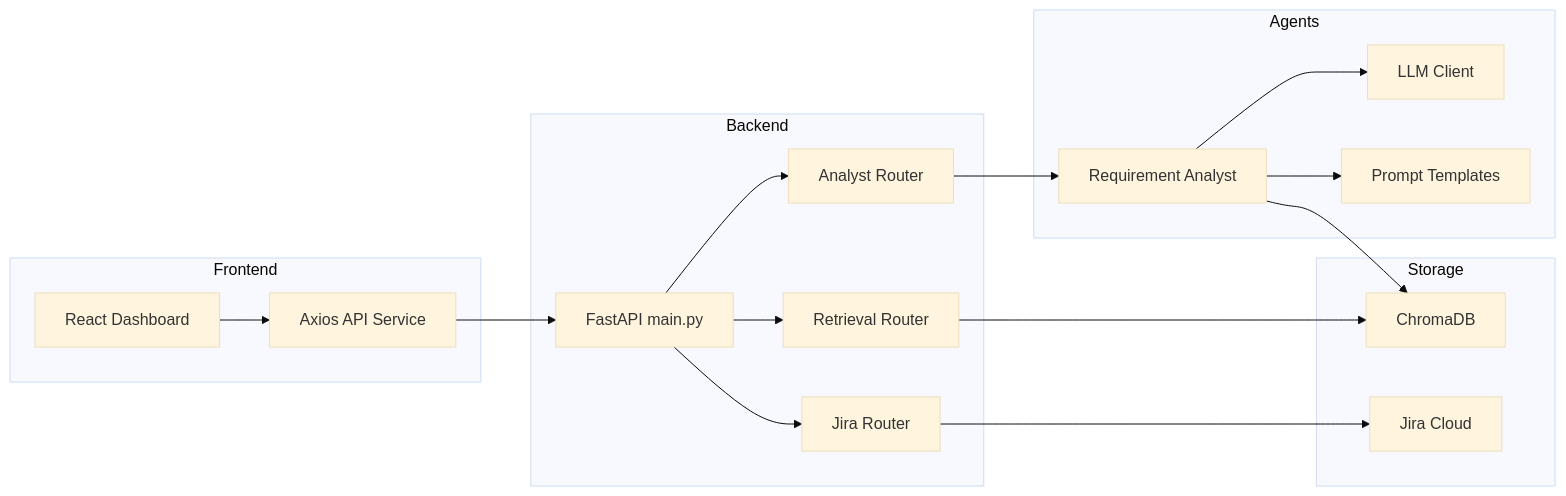
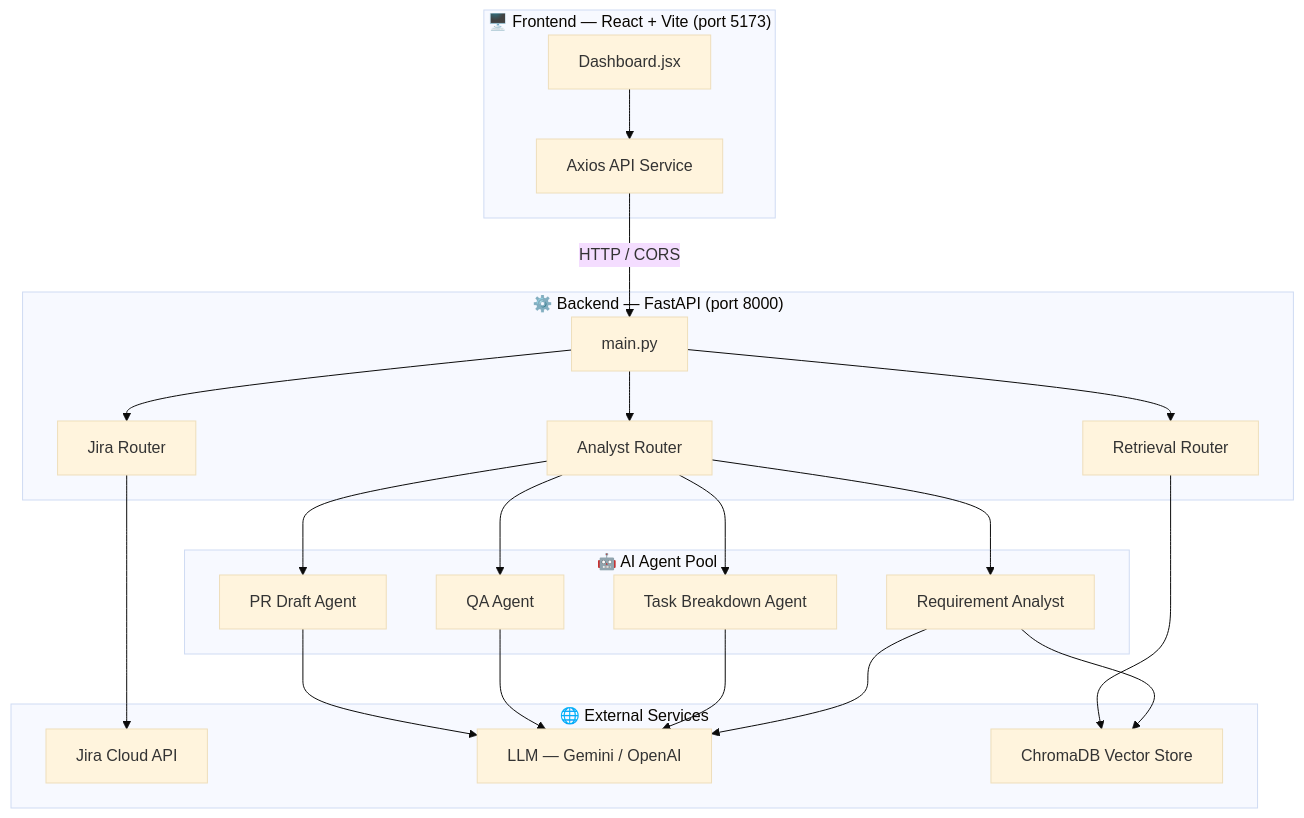
The first of 5 diagrams in README.md (amirtha-1412/Jira-Agentic-Development-System), drawn with Mermaid (base theme) before and after one commit. The commit also changed other lines of this file, not shown here.

````diff
--- a/README.md
+++ b/README.md
@@ -44,37 +19,36 @@
 ```mermaid
-graph LR
-    subgraph Frontend
-        UI["React Dashboard"]
-        AX["Axios API Service"]
+graph TB
+    subgraph Frontend["🖥️ Frontend — React + Vite (port 5173)"]
+        UI[Dashboard.jsx]
+        AX[Axios API Service]
+        UI --> AX
     end
 
-    subgraph Backend
-        FA["FastAPI main.py"]
-        JR["Jira Router"]
-        AR["Analyst Router"]
-        VR["Retrieval Router"]
+    subgraph Backend["⚙️ Backend — FastAPI (port 8000)"]
+        BE[main.py]
+        AR[Analyst Router]
+        JR[Jira Router]
+        VR[Retrieval Router]
+        BE --> AR & JR & VR
     end
 
-    subgraph Agents
-        RA["Requirement Analyst"]
-        LLM["LLM Client"]
-        PRM["Prompt Templates"]
+    subgraph Agents["🤖 AI Agent Pool"]
+        RA[Requirement Analyst]
+        TBA[Task Breakdown Agent]
+        QAA[QA Agent]
+        PRA[PR Draft Agent]
     end
 
-    subgraph Storage
-        CHR["ChromaDB"]
-        JIRA["Jira Cloud"]
+    subgraph External["🌐 External Services"]
+        JIRA[Jira Cloud API]
+        LLM["LLM — Gemini / OpenAI"]
+        CHROMA[ChromaDB Vector Store]
     end
 
-    UI --> AX
-    AX --> FA
-    FA --> JR
-    FA --> AR
-    FA --> VR
-    AR --> RA
-    RA --> LLM
-    RA --> PRM
-    VR --> CHR
+    AX -->|HTTP / CORS| BE
+    AR --> RA & TBA & QAA & PRA
+    RA & TBA & QAA & PRA --> LLM
+    RA --> CHROMA
+    VR --> CHROMA
     JR --> JIRA
-    RA --> CHR
 ```
````
